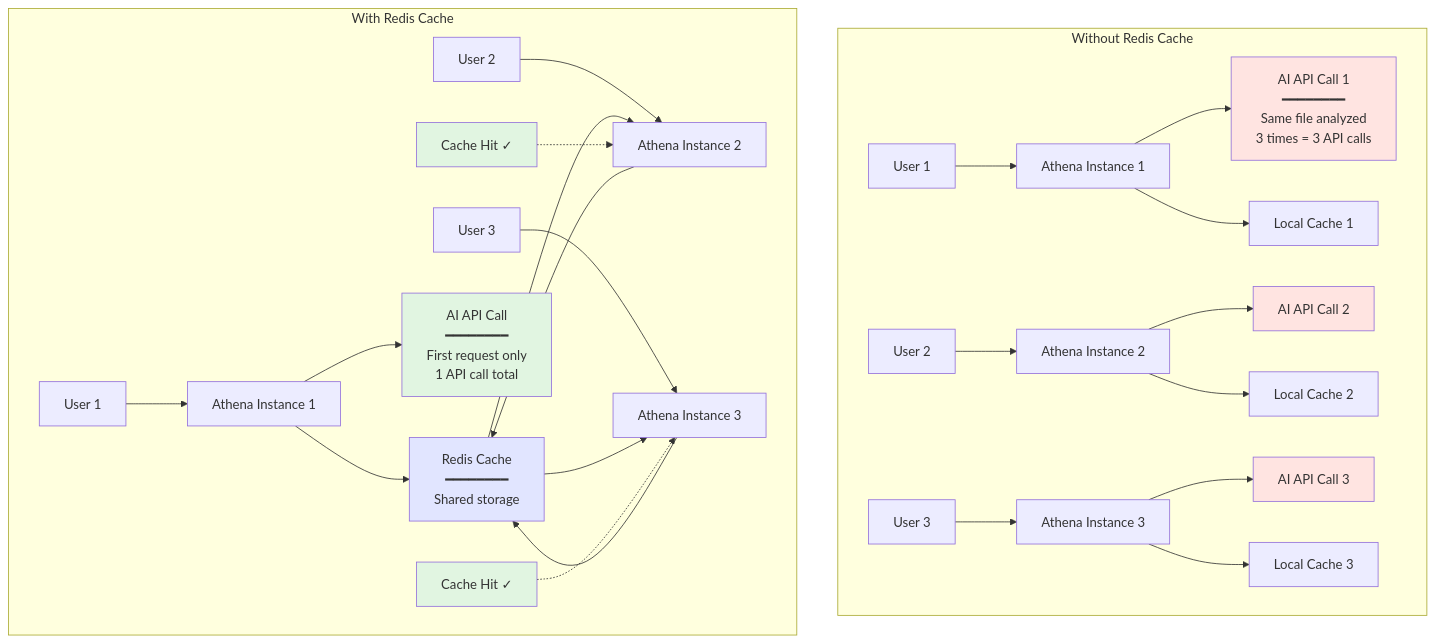
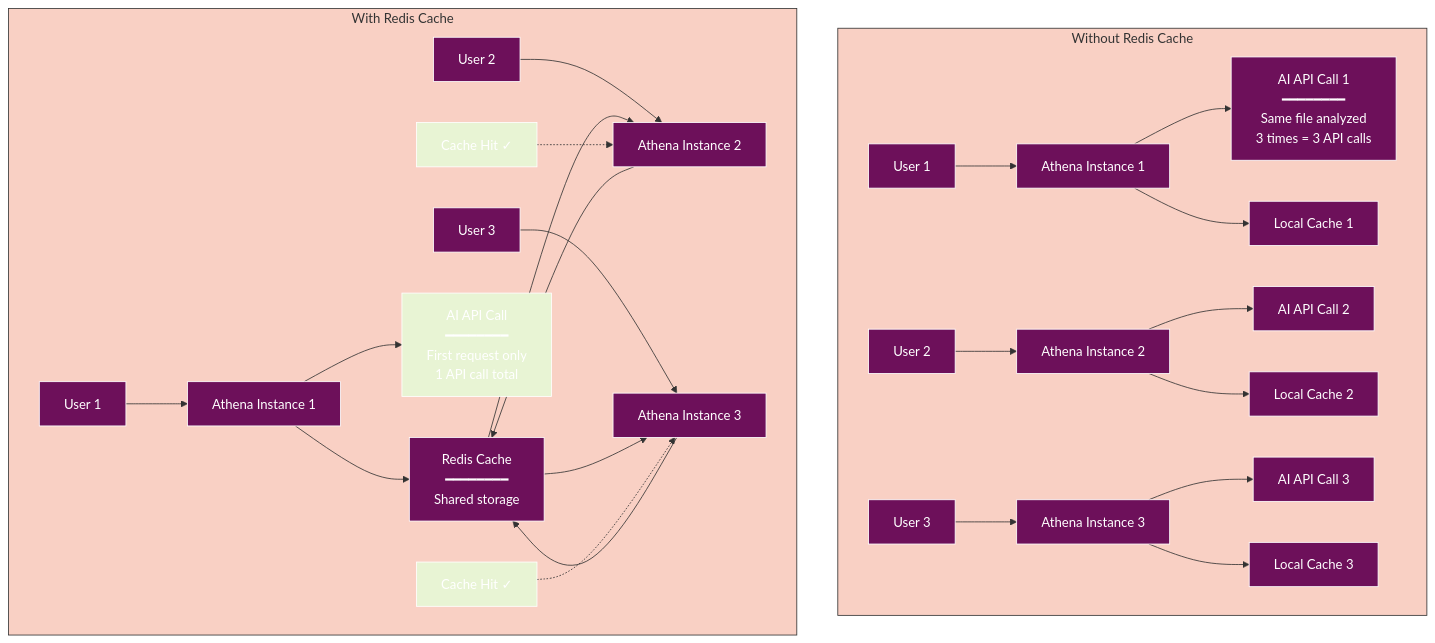
The third of 3 diagrams in docs/performance/REDIS_CACHE_INTEGRATION.md (radicalkjax/Athena), drawn with Mermaid before and after one commit. The commit also changed other lines of this file and 27 other files, not shown here.

Commit message:
Introduction of expo package manager. Updated docs to reflect changes. Unified mermaid theme for docs.

````diff
--- a/docs/performance/REDIS_CACHE_INTEGRATION.md
+++ b/docs/performance/REDIS_CACHE_INTEGRATION.md
@@ -199,40 +241,61 @@
 ```mermaid
+%%{init: {
+  'theme': 'base',
+  'themeVariables': {
+    'primaryColor': '#6d105a',
+    'primaryTextColor': '#ffffff',
+    'primaryBorderColor': '#ffffff',
+    'lineColor': '#333333',
+    'secondaryColor': '#e8f4d4',
+    'secondaryTextColor': '#333333',
+    'secondaryBorderColor': '#333333',
+    'tertiaryColor': '#f9d0c4',
+    'tertiaryTextColor': '#333333',
+    'tertiaryBorderColor': '#333333',
+    'background': '#ffffff',
+    'mainBkg': '#6d105a',
+    'secondBkg': '#e8f4d4',
+    'tertiaryBkg': '#f9d0c4',
+    'textColor': '#333333',
+    'fontFamily': 'Arial, sans-serif'
+  }
+}}%%
 graph TB
     subgraph "Without Redis Cache"
         U1[User 1] --> I1[Athena Instance 1]
         U2[User 2] --> I2[Athena Instance 2]
         U3[User 3] --> I3[Athena Instance 3]
         
         I1 --> AI1[AI API Call 1<br/>━━━━━━━━<br/>Same file analyzed<br/>3 times = 3 API calls]
         I2 --> AI2[AI API Call 2]
         I3 --> AI3[AI API Call 3]
         
         I1 --> LC1[Local Cache 1]
         I2 --> LC2[Local Cache 2]
         I3 --> LC3[Local Cache 3]
     end
     
     subgraph "With Redis Cache"
         U4[User 1] --> I4[Athena Instance 1]
         U5[User 2] --> I5[Athena Instance 2]
         U6[User 3] --> I6[Athena Instance 3]
         
         I4 & I5 & I6 --> RC[Redis Cache<br/>━━━━━━━━<br/>Shared storage]
         
         I4 --> AI4[AI API Call<br/>━━━━━━━━<br/>First request only<br/>1 API call total]
         
         RC --> I5
         RC --> I6
         
         Note1[Cache Hit ✓] -.-> I5
         Note2[Cache Hit ✓] -.-> I6
     end
     
-    style AI1 fill:#ffe4e1
-    style AI2 fill:#ffe4e1
-    style AI3 fill:#ffe4e1
-    style AI4 fill:#e1f5e1
-    style RC fill:#e1e5ff
-    style Note1 fill:#e1f5e1
-    style Note2 fill:#e1f5e1
+    style AI1 fill:#6d105a
+    style AI2 fill:#6d105a
+    style AI3 fill:#6d105a
+    style AI4 fill:#e8f4d4
+    style RC fill:#6d105a
+    style Note1 fill:#e8f4d4
+    style Note2 fill:#e8f4d4
 ```
````
